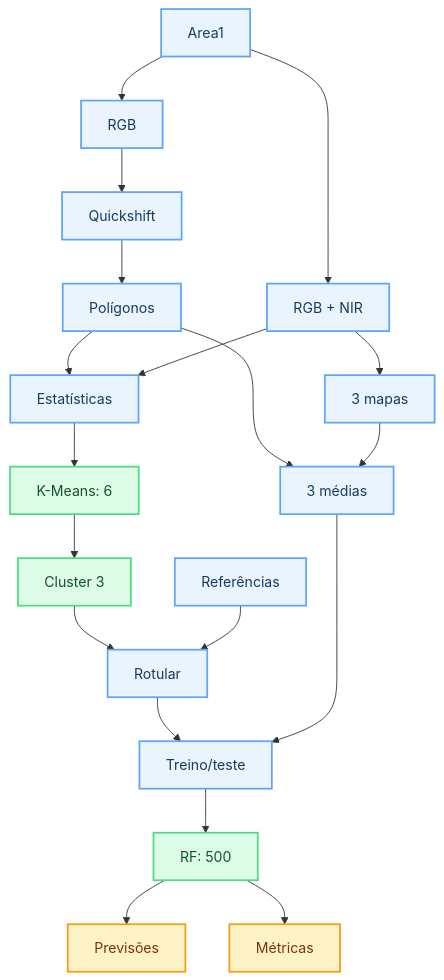
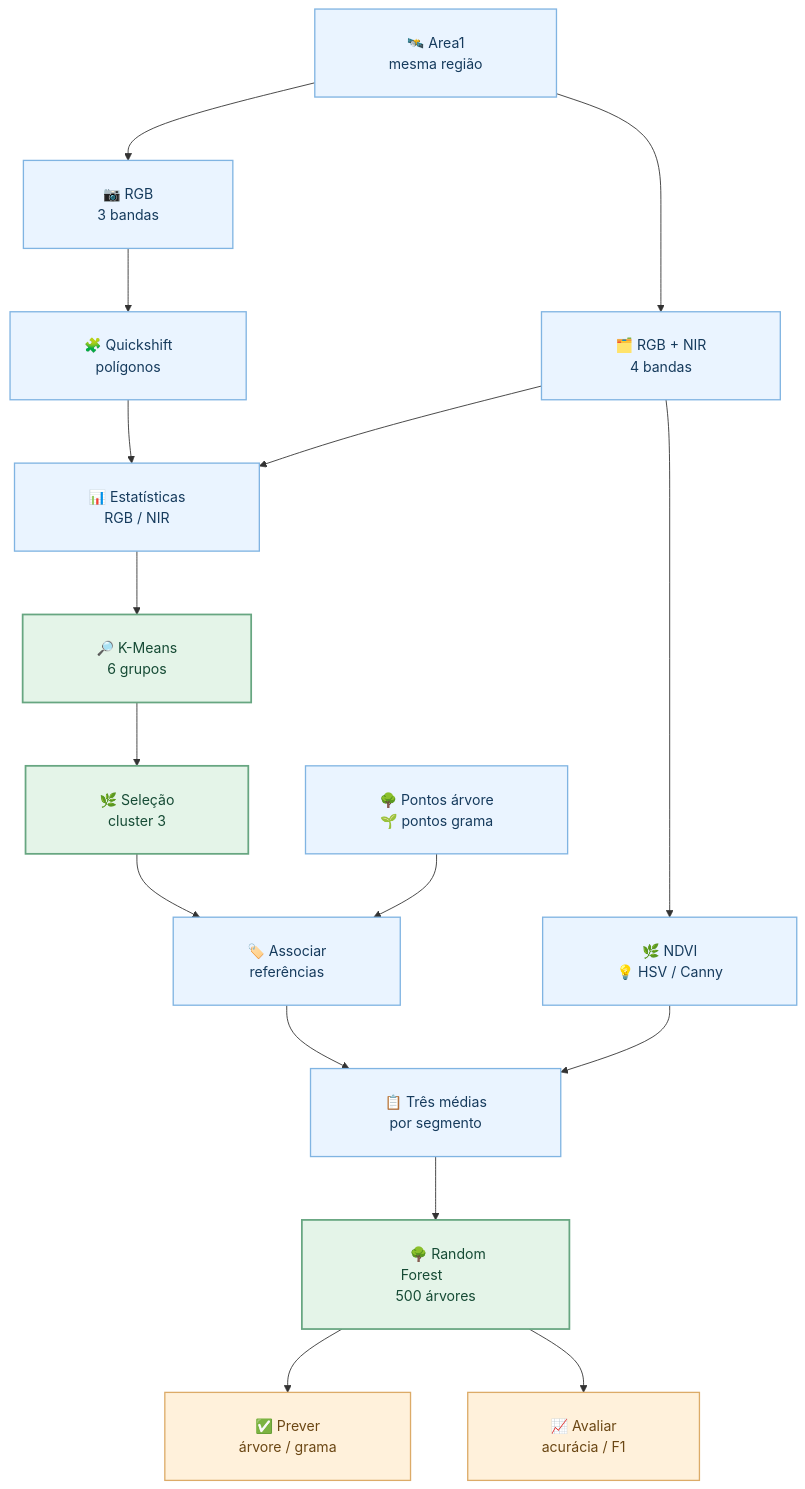
Before and after one commit to BrenoBragaGalvao/mestrado-arvores-urbanas: the first of 2 diagrams in README.md, drawn with Mermaid. The commit also changed other lines of this file, not shown here.

Commit message:
docs(readme): restaurar fluxogramas Mermaid detalhados com caixas mais largas e espaçamento ampliado

````diff
--- a/README.md
+++ b/README.md
@@ -57,28 +57,26 @@
 ```mermaid
+%%{init: {"flowchart": {"nodeSpacing": 65, "rankSpacing": 72, "padding": 26}, "themeVariables": {"fontFamily": "Arial, sans-serif", "fontSize": "16px"}}}%%
 flowchart TD
-    A["Area1"] --> B["RGB"]
-    A --> C["RGB + NIR"]
-    B --> D["Quickshift"]
-    D --> E["Polígonos"]
-    E --> F["Estatísticas"]
-    C --> F
-    F --> G["K-Means: 6"]
-    G --> H["Cluster 3"]
-    H --> I["Rotular"]
-    P["Referências"] --> I
-    C --> X["3 mapas"]
-    E --> Y["3 médias"]
-    X --> Y
-    I --> T["Treino/teste"]
-    Y --> T
-    T --> R["RF: 500"]
-    R --> S["Previsões"]
-    R --> U["Métricas"]
+    A["&emsp;&emsp;🛰️ Area1&emsp;&emsp;<br/>&emsp;&emsp;mesma região&emsp;&emsp;"] --> B["&emsp;&emsp;📷 RGB&emsp;&emsp;<br/>&emsp;&emsp;3 bandas&emsp;&emsp;"]
+    A --> C["&emsp;&emsp;🗂️ RGB + NIR&emsp;&emsp;<br/>&emsp;&emsp;4 bandas&emsp;&emsp;"]
+    B --> D["&emsp;&emsp;🧩 Quickshift&emsp;&emsp;<br/>&emsp;&emsp;polígonos&emsp;&emsp;"]
+    D --> E["&emsp;&emsp;📊 Estatísticas&emsp;&emsp;<br/>&emsp;&emsp;RGB / NIR&emsp;&emsp;"]
+    C --> E
+    E --> F["&emsp;&emsp;🔎 K-Means&emsp;&emsp;<br/>&emsp;&emsp;6 grupos&emsp;&emsp;"]
+    F --> G["&emsp;&emsp;🌿 Seleção&emsp;&emsp;<br/>&emsp;&emsp;cluster 3&emsp;&emsp;"]
+    G --> H["&emsp;&emsp;🏷️ Associar&emsp;&emsp;<br/>&emsp;&emsp;referências&emsp;&emsp;"]
+    P["&emsp;&emsp;🌳 Pontos árvore&emsp;&emsp;<br/>&emsp;&emsp;🌱 pontos grama&emsp;&emsp;"] --> H
+    C --> I["&emsp;&emsp;🌿 NDVI&emsp;&emsp;<br/>&emsp;&emsp;💡 HSV / Canny&emsp;&emsp;"]
+    I --> J["&emsp;&emsp;📋 Três médias&emsp;&emsp;<br/>&emsp;&emsp;por segmento&emsp;&emsp;"]
+    H --> J
+    J --> K["&emsp;&emsp;🌳 Random Forest&emsp;&emsp;<br/>&emsp;&emsp;500 árvores&emsp;&emsp;"]
+    K --> L["&emsp;&emsp;✅ Prever&emsp;&emsp;<br/>&emsp;&emsp;árvore / grama&emsp;&emsp;"]
+    K --> M["&emsp;&emsp;📈 Avaliar&emsp;&emsp;<br/>&emsp;&emsp;acurácia / F1&emsp;&emsp;"]
 
-    classDef entrada fill:#eaf4ff,stroke:#60a5fa,color:#163b5d,stroke-width:2px;
-    classDef metodo fill:#dcfce7,stroke:#4ade80,color:#14532d,stroke-width:2px;
-    classDef resultado fill:#fef3c7,stroke:#f59e0b,color:#78350f,stroke-width:2px;
-    class A,B,C,D,E,F,P,X,Y,I,T entrada;
-    class G,H,R metodo;
-    class S,U resultado;
+    classDef dados fill:#eaf4ff,stroke:#80b4e2,color:#163b5d,stroke-width:1.5px;
+    classDef processamento fill:#e4f4e8,stroke:#67a681,color:#164b35,stroke-width:2px;
+    classDef resultados fill:#fff1db,stroke:#dcab68,color:#6b4714,stroke-width:1.5px;
+    class A,B,C,D,E,P,H,I,J dados;
+    class F,G,K processamento;
+    class L,M resultados;
 ```
````
